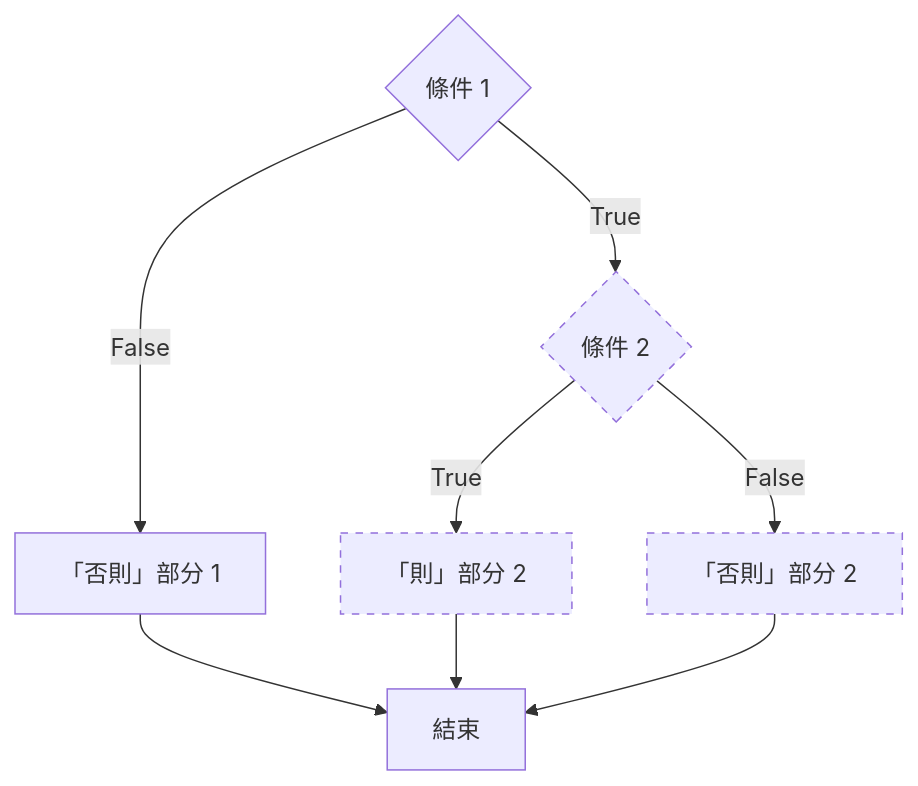
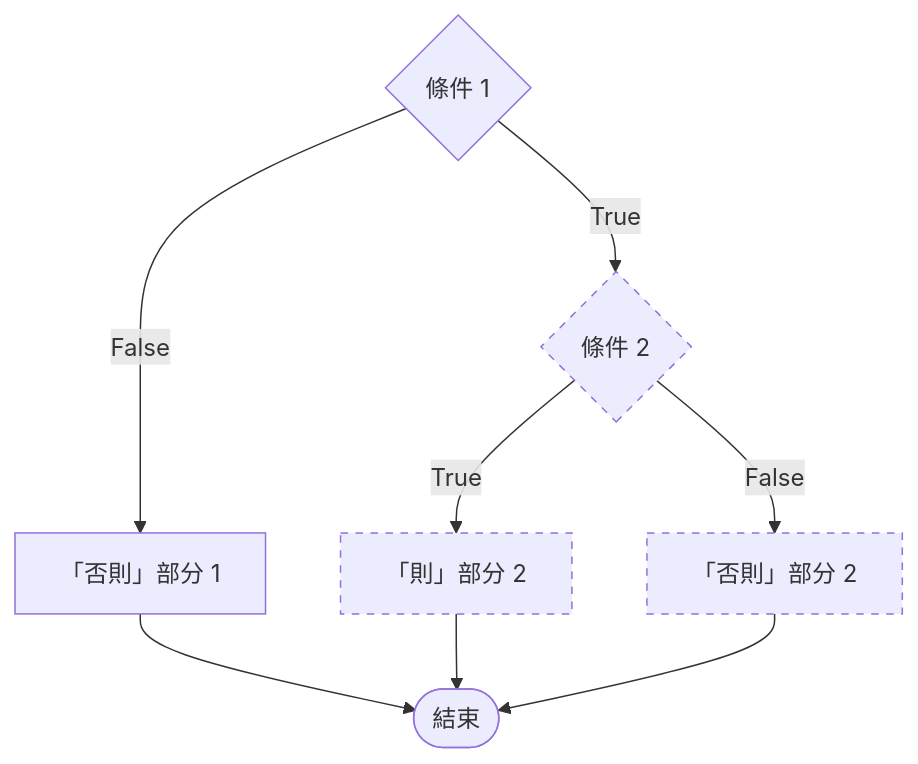
The third of 7 diagrams in content/docs/school/ict/D2 01python 編程入門.md (spectre-pro/spectre-pro.github.io), drawn with Mermaid before and after one commit. The commit also changed other lines of this file, not shown here.

````diff
--- a/content/docs/school/ict/D2 01python 編程入門.md
+++ b/content/docs/school/ict/D2 01python 編程入門.md
@@ -124,17 +124,17 @@
 ```mermaid
 graph TD
     A{條件 1} -->|True| B{條件 2}
     A -->|False| C["「否則」部分 1"]
 
     B -->|True| D["「則」部分 2"]
     B -->|False| E["「否則」部分 2"]
 
-    C --> F[結束]
+    C --> F([結束])
     D --> F
     E --> F
 
     style B stroke-dasharray: 5 5
     style D stroke-dasharray: 5 5
     style E stroke-dasharray: 5 5
 
 ```
````
